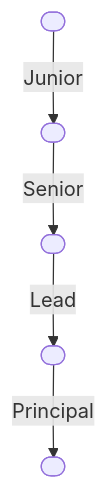
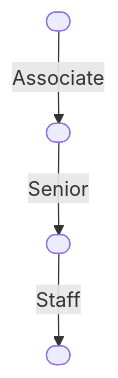
One commit to mouseless/mouseless.org changed the second of 2 diagrams in who-we-are.md. Above: the diagram before and after it, drawn with Mermaid. The commit also changed other lines of this file and 11 other files, not shown here.

````diff
--- a/who-we-are.md
+++ b/who-we-are.md
@@ -178,7 +178,6 @@
 ```mermaid
 flowchart TB
-    1([ ]) --Junior--> 2([ ])
+    1([ ]) --Associate--> 2([ ])
     2 --Senior--> 3([ ])
-    3 --Lead--> 4([ ])
-    4 --Principal--> 5([ ])
+    3 --Staff--> 4([ ])
 ```
````
